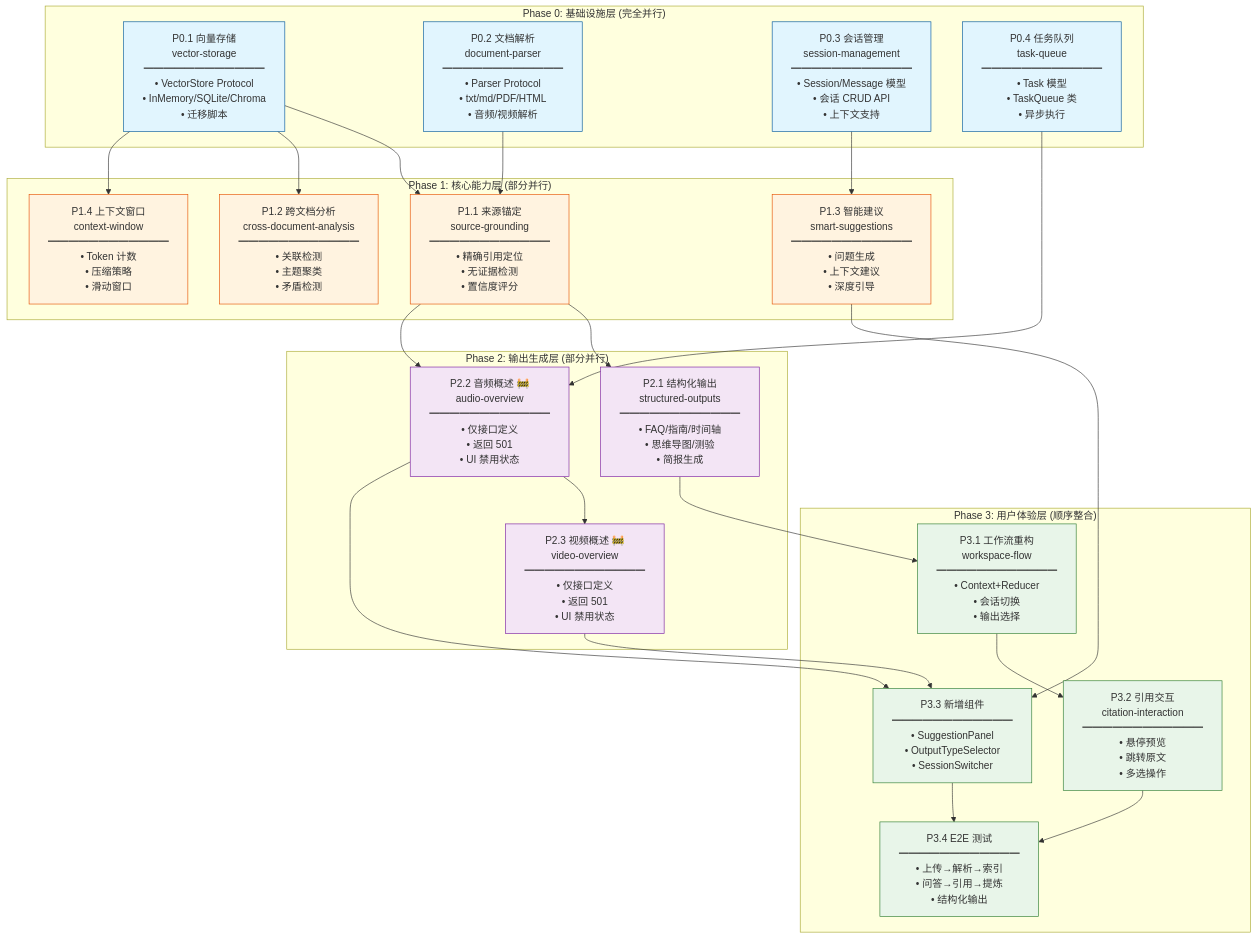
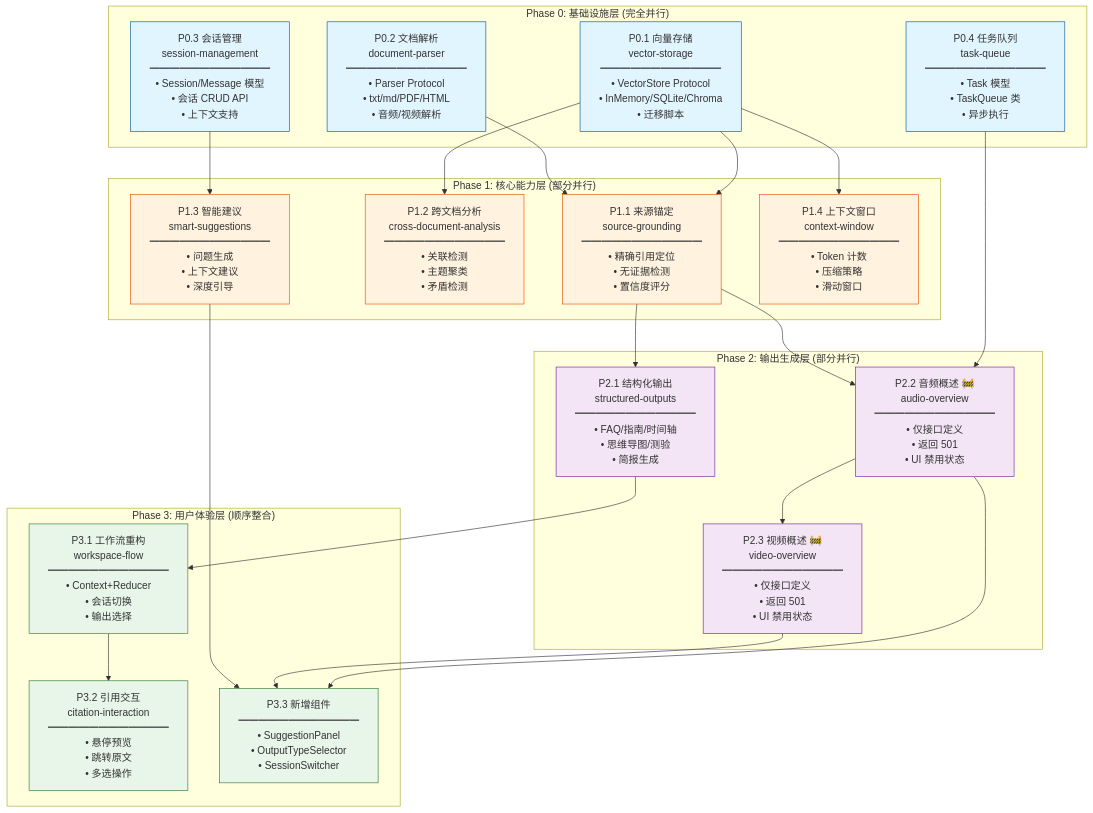
Before and after one commit to StrayDragon/crystalith: the diagram in openspec/changes/refactor-notebooklm-architecture/tasks.md, drawn with Mermaid. The commit also changed other lines of this file and 146 other files, not shown here.

````diff
--- a/openspec/changes/refactor-notebooklm-architecture/tasks.md
+++ b/openspec/changes/refactor-notebooklm-architecture/tasks.md
@@ -163,66 +158,63 @@
 ```mermaid
 flowchart TB
     subgraph Phase0["Phase 0: 基础设施层 (完全并行)"]
         P0_1["P0.1 向量存储<br/>vector-storage<br/>━━━━━━━━━━━━<br/>• VectorStore Protocol<br/>• InMemory/SQLite/Chroma<br/>• 迁移脚本"]
         P0_2["P0.2 文档解析<br/>document-parser<br/>━━━━━━━━━━━━<br/>• Parser Protocol<br/>• txt/md/PDF/HTML<br/>• 音频/视频解析"]
         P0_3["P0.3 会话管理<br/>session-management<br/>━━━━━━━━━━━━<br/>• Session/Message 模型<br/>• 会话 CRUD API<br/>• 上下文支持"]
         P0_4["P0.4 任务队列<br/>task-queue<br/>━━━━━━━━━━━━<br/>• Task 模型<br/>• TaskQueue 类<br/>• 异步执行"]
     end
 
     subgraph Phase1["Phase 1: 核心能力层 (部分并行)"]
         P1_1["P1.1 来源锚定<br/>source-grounding<br/>━━━━━━━━━━━━<br/>• 精确引用定位<br/>• 无证据检测<br/>• 置信度评分"]
         P1_2["P1.2 跨文档分析<br/>cross-document-analysis<br/>━━━━━━━━━━━━<br/>• 关联检测<br/>• 主题聚类<br/>• 矛盾检测"]
         P1_3["P1.3 智能建议<br/>smart-suggestions<br/>━━━━━━━━━━━━<br/>• 问题生成<br/>• 上下文建议<br/>• 深度引导"]
         P1_4["P1.4 上下文窗口<br/>context-window<br/>━━━━━━━━━━━━<br/>• Token 计数<br/>• 压缩策略<br/>• 滑动窗口"]
     end
 
     subgraph Phase2["Phase 2: 输出生成层 (部分并行)"]
         P2_1["P2.1 结构化输出<br/>structured-outputs<br/>━━━━━━━━━━━━<br/>• FAQ/指南/时间轴<br/>• 思维导图/测验<br/>• 简报生成"]
         P2_2["P2.2 音频概述 🚧<br/>audio-overview<br/>━━━━━━━━━━━━<br/>• 仅接口定义<br/>• 返回 501<br/>• UI 禁用状态"]
         P2_3["P2.3 视频概述 🚧<br/>video-overview<br/>━━━━━━━━━━━━<br/>• 仅接口定义<br/>• 返回 501<br/>• UI 禁用状态"]
     end
 
     subgraph Phase3["Phase 3: 用户体验层 (顺序整合)"]
         P3_1["P3.1 工作流重构<br/>workspace-flow<br/>━━━━━━━━━━━━<br/>• Context+Reducer<br/>• 会话切换<br/>• 输出选择"]
         P3_2["P3.2 引用交互<br/>citation-interaction<br/>━━━━━━━━━━━━<br/>• 悬停预览<br/>• 跳转原文<br/>• 多选操作"]
         P3_3["P3.3 新增组件<br/>━━━━━━━━━━━━<br/>• SuggestionPanel<br/>• OutputTypeSelector<br/>• SessionSwitcher"]
-        P3_4["P3.4 E2E 测试<br/>━━━━━━━━━━━━<br/>• 上传→解析→索引<br/>• 问答→引用→提炼<br/>• 结构化输出"]
     end
 
     %% Phase 0 → Phase 1 依赖
     P0_1 --> P1_1
     P0_1 --> P1_2
     P0_1 --> P1_4
     P0_2 --> P1_1
     P0_3 --> P1_3
     P0_4 --> P2_2
 
     %% Phase 1 → Phase 2 依赖
     P1_1 --> P2_1
     P1_1 --> P2_2
 
     %% Phase 2 内部依赖
     P2_2 --> P2_3
 
     %% Phase 2 → Phase 3 依赖
     P2_1 --> P3_1
     P2_2 --> P3_3
     P2_3 --> P3_3
     P1_3 --> P3_3
 
     %% Phase 3 内部依赖
     P3_1 --> P3_2
-    P3_2 --> P3_4
-    P3_3 --> P3_4
 
     %% 样式
     classDef phase0 fill:#e1f5fe,stroke:#01579b
     classDef phase1 fill:#fff3e0,stroke:#e65100
     classDef phase2 fill:#f3e5f5,stroke:#7b1fa2
     classDef phase3 fill:#e8f5e9,stroke:#2e7d32
 
     class P0_1,P0_2,P0_3,P0_4 phase0
     class P1_1,P1_2,P1_3,P1_4 phase1
     class P2_1,P2_2,P2_3 phase2
-    class P3_1,P3_2,P3_3,P3_4 phase3
+    class P3_1,P3_2,P3_3 phase3
 ```
````
